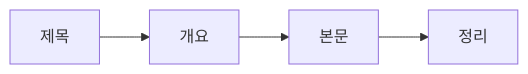
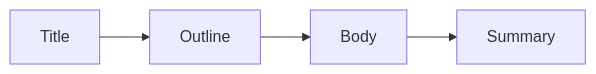
Before and after one commit to yeongseon-books/book-content: the diagram in content/technical-writing-101/ko/03-title-and-structure.md, drawn with Mermaid. The commit also changed other lines of this file and 9 other files, not shown here.

````diff
--- a/content/technical-writing-101/ko/03-title-and-structure.md
+++ b/content/technical-writing-101/ko/03-title-and-structure.md
@@ -50,6 +50,6 @@
 ```mermaid
 flowchart LR
-    T[제목] --> O[개요]
-    O --> B[본문]
-    B --> S[정리]
+    T[Title] --> O[Outline]
+    O --> B[Body]
+    B --> S[Summary]
 ```
````
